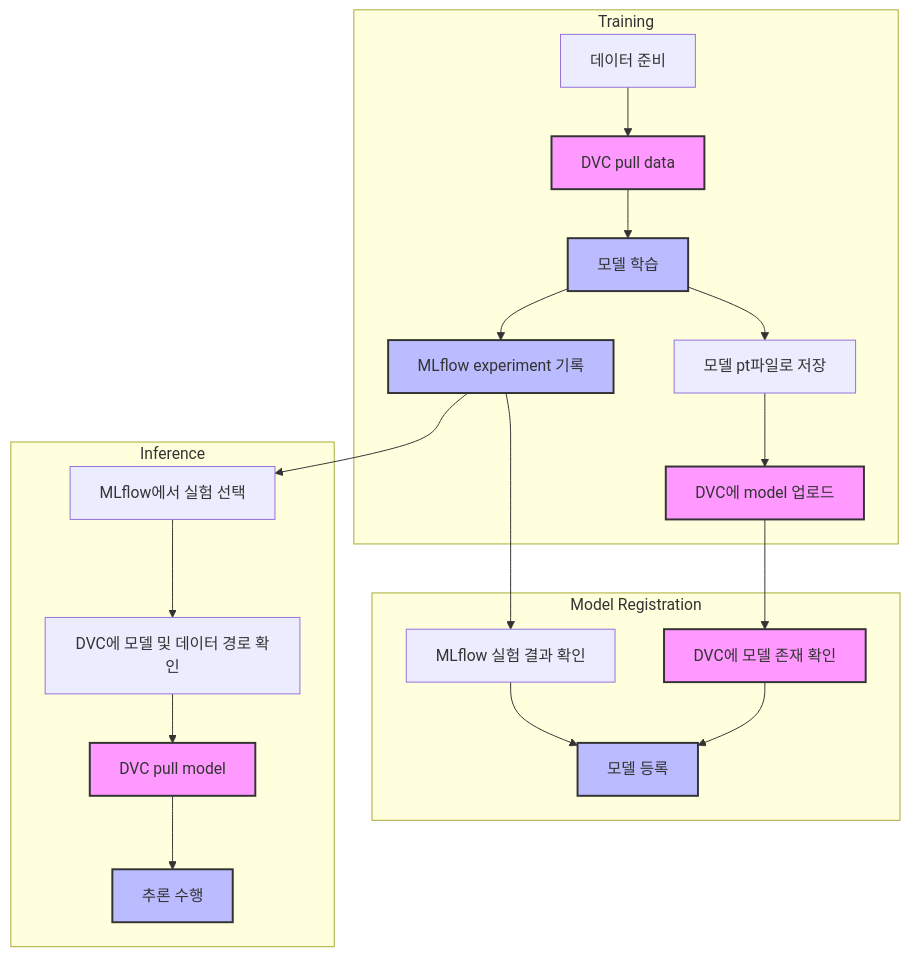
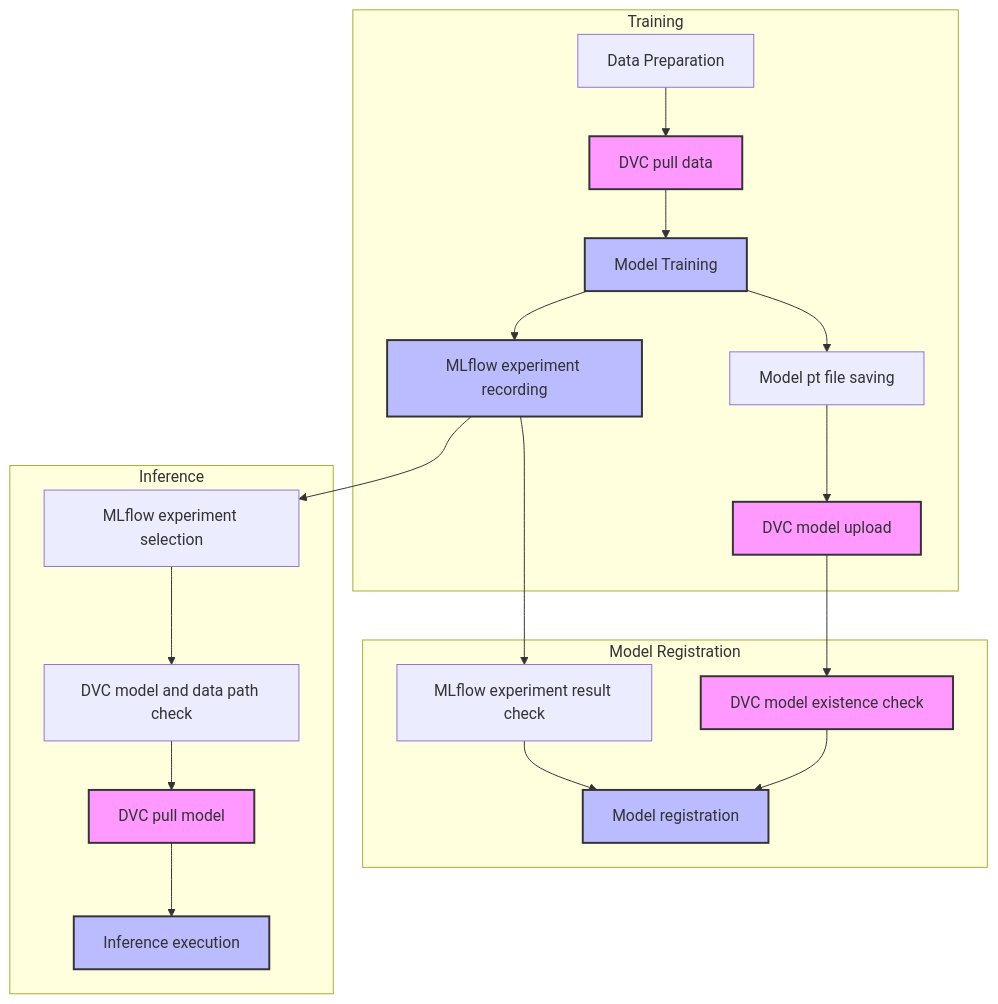
One commit to teri0411/data-versioning-with-mlflow changed the diagram in dvc-test/README.md. Above: the diagram before and after it, drawn with Mermaid. The commit also changed other lines of this file and 23 other files, not shown here.

````diff
--- a/dvc-test/README.md
+++ b/dvc-test/README.md
@@ -15,29 +15,29 @@
 ```mermaid
 graph TD
     subgraph Training
-        A[데이터 준비] --> B[DVC pull data]
-        B --> C[모델 학습]
-        C --> D[모델 pt파일로 저장]
-        D --> E[DVC에 model 업로드]
-        C --> F[MLflow experiment 기록]
+        A[Data Preparation] --> B[DVC pull data]
+        B --> C[Model Training]
+        C --> D[Model pt file saving]
+        D --> E[DVC model upload]
+        C --> F[MLflow experiment recording]
     end
 
     subgraph Model Registration
-        E --> G[DVC에 모델 존재 확인]
-        F --> H[MLflow 실험 결과 확인]
-        G --> I[모델 등록]
+        E --> G[DVC model existence check]
+        F --> H[MLflow experiment result check]
+        G --> I[Model registration]
         H --> I
     end
 
     subgraph Inference
-        F --> J[MLflow에서 실험 선택]
-        J --> K[DVC에 모델 및 데이터 경로 확인]
+        F --> J[MLflow experiment selection]
+        J --> K[DVC model and data path check]
         K --> L[DVC pull model]
-        L --> M[추론 수행]
+        L --> M[Inference execution]
     end
 
     classDef storage fill:#f9f,stroke:#333,stroke-width:2px
     classDef process fill:#bbf,stroke:#333,stroke-width:2px
     class B,E,G,L storage
     class C,F,I,M process
 ```
````
